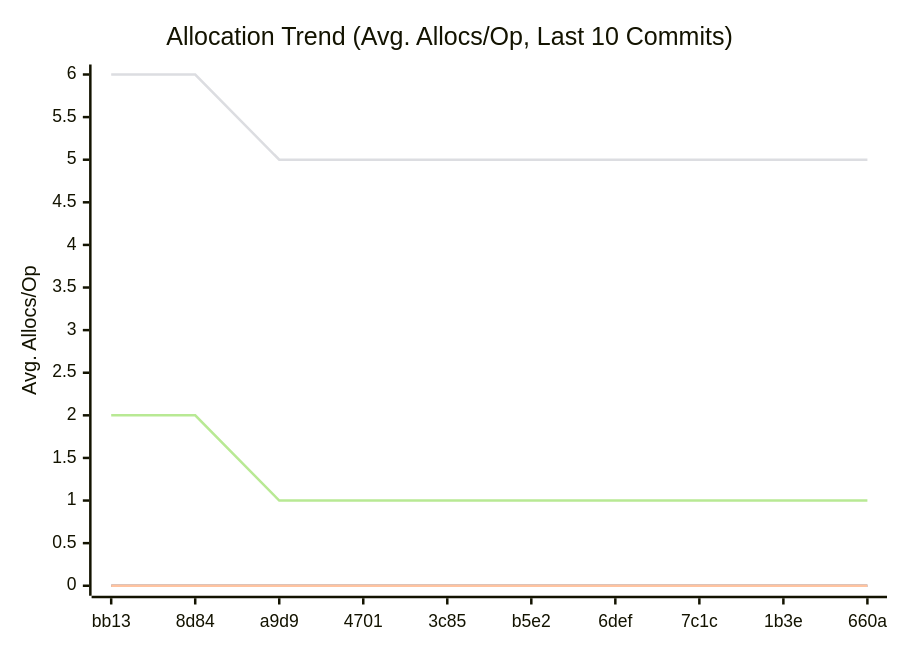
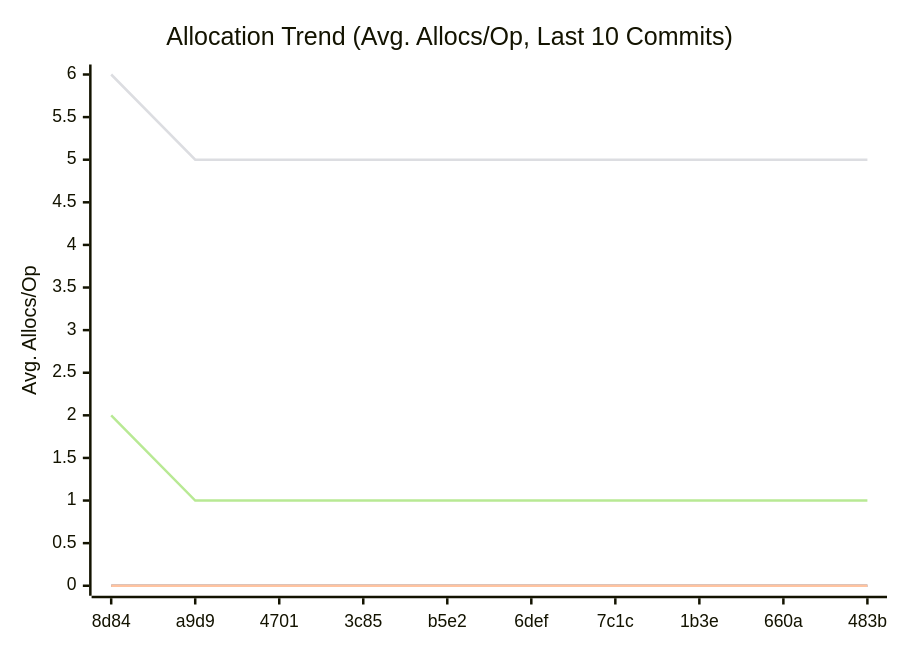
One commit to alsotoes/momo changed the third of 3 diagrams in doc/README.md. Above: the diagram before and after it, drawn with Mermaid. The commit also changed other lines of this file and 1 other file, not shown here.

````diff
--- a/doc/README.md
+++ b/doc/README.md
@@ -316,12 +316,12 @@
 ```mermaid
 xychart-beta
     title "Allocation Trend (Avg. Allocs/Op, Last 10 Commits)"
     x-axis "Commit"
     y-axis "Avg. Allocs/Op"
-    x-axis [bb13,8d84,a9d9,4701,3c85,b5e2,6def,7c1c,1b3e,660a]
+    x-axis [8d84,a9d9,4701,3c85,b5e2,6def,7c1c,1b3e,660a,483b]
     line "CheckMetricsAndSwap" [0,0,0,0,0,0,0,0,0,0]
     line "IndexDirectTracking" [0,0,0,0,0,0,0,0,0,0]
     line "IndexSearch" [0,0,0,0,0,0,0,0,0,0]
-    line "ParseReplicationOrder_NoPrealloc" [6,6,5,5,5,5,5,5,5,5]
-    line "ParseReplicationOrder_Prealloc" [2,2,1,1,1,1,1,1,1,1]
+    line "ParseReplicationOrder_NoPrealloc" [6,5,5,5,5,5,5,5,5,5]
+    line "ParseReplicationOrder_Prealloc" [2,1,1,1,1,1,1,1,1,1]
 ```
````
